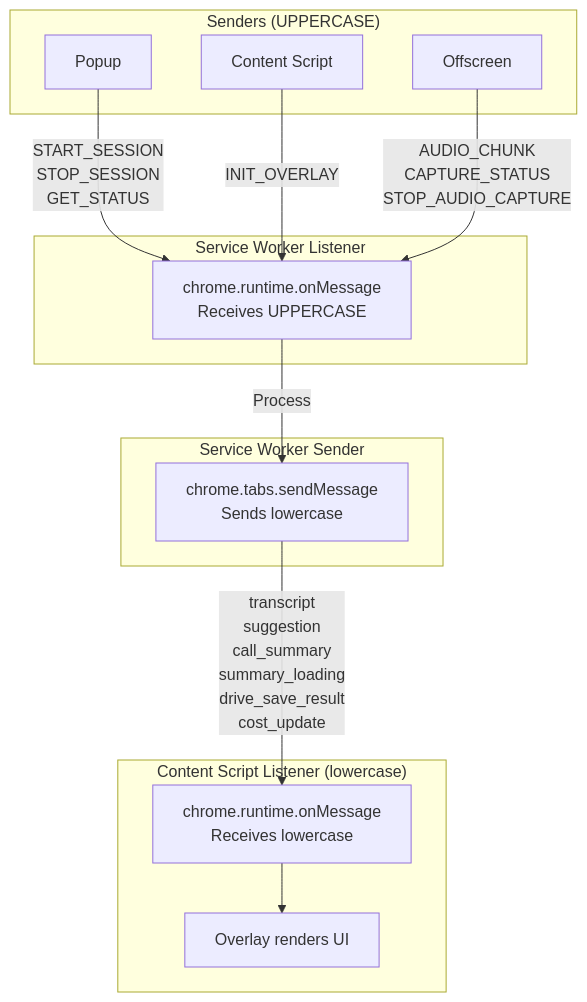
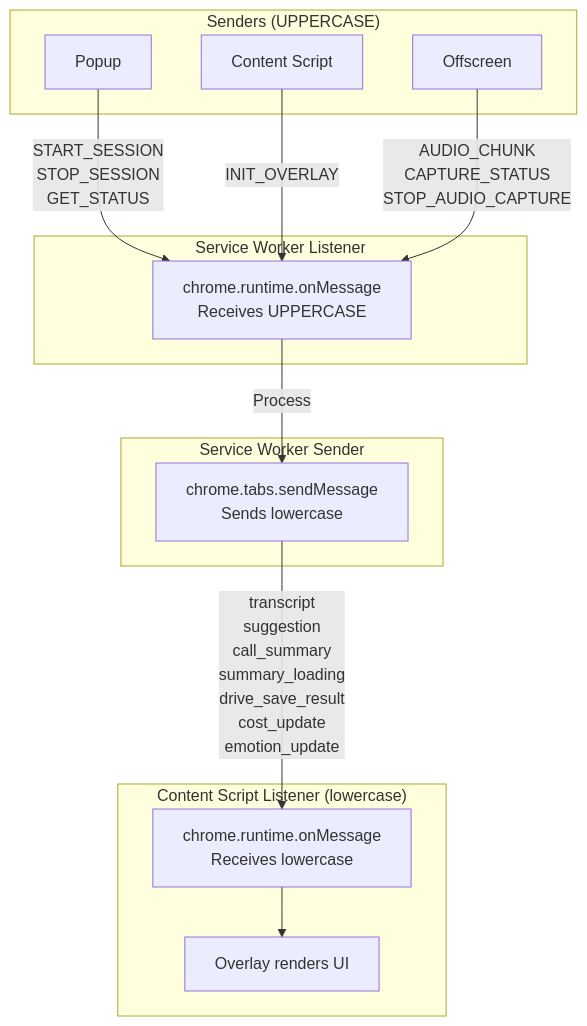
One commit to AntoineDubuc/wingman-ai changed the fifth of 10 diagrams in docs/diagrams/SEQUENCES.md. Above: the diagram before and after it, drawn with Mermaid. The commit also changed other lines of this file and 110 other files, not shown here.

````diff
--- a/docs/diagrams/SEQUENCES.md
+++ b/docs/diagrams/SEQUENCES.md
@@ -279,31 +296,31 @@
 ```mermaid
 flowchart TB
     subgraph "Senders (UPPERCASE)"
         Popup[Popup]
         Content[Content Script]
         Offscreen[Offscreen]
     end
 
     subgraph "Service Worker Listener"
         Listener[chrome.runtime.onMessage<br/>Receives UPPERCASE]
     end
 
     subgraph "Service Worker Sender"
         Sender[chrome.tabs.sendMessage<br/>Sends lowercase]
     end
 
     subgraph "Content Script Listener (lowercase)"
         ContentListener[chrome.runtime.onMessage<br/>Receives lowercase]
         OverlayRender[Overlay renders UI]
     end
 
     Popup -->|START_SESSION<br/>STOP_SESSION<br/>GET_STATUS| Listener
     Content -->|INIT_OVERLAY| Listener
     Offscreen -->|AUDIO_CHUNK<br/>CAPTURE_STATUS<br/>STOP_AUDIO_CAPTURE| Listener
 
     Listener --> |Process| Sender
 
-    Sender -->|transcript<br/>suggestion<br/>call_summary<br/>summary_loading<br/>drive_save_result<br/>cost_update| ContentListener
+    Sender -->|transcript<br/>suggestion<br/>call_summary<br/>summary_loading<br/>drive_save_result<br/>cost_update<br/>emotion_update| ContentListener
     ContentListener --> OverlayRender
 
 ```
````
